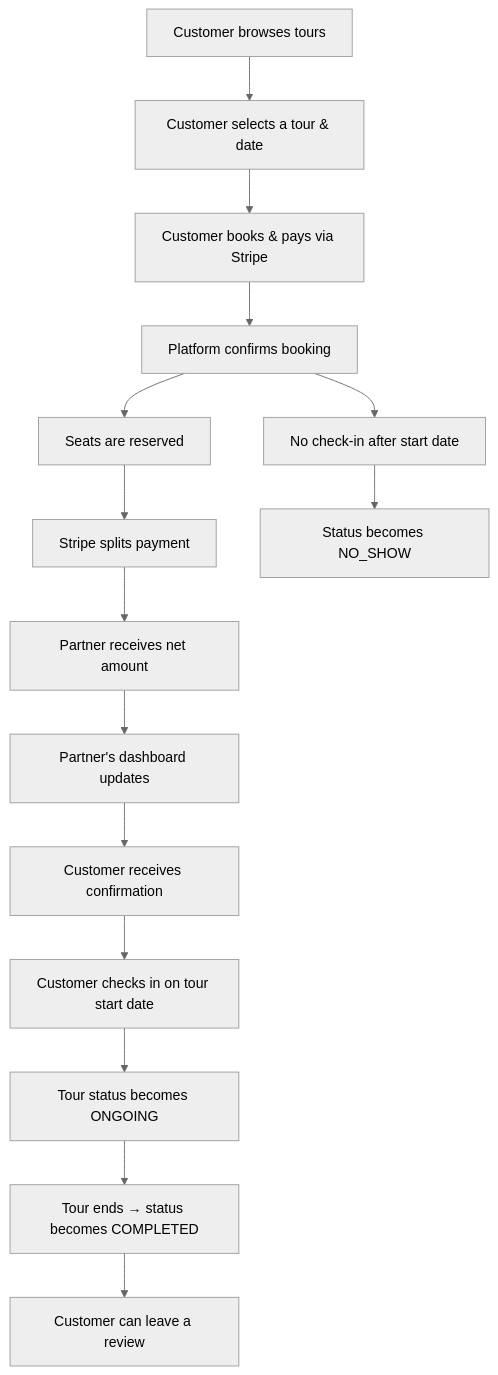
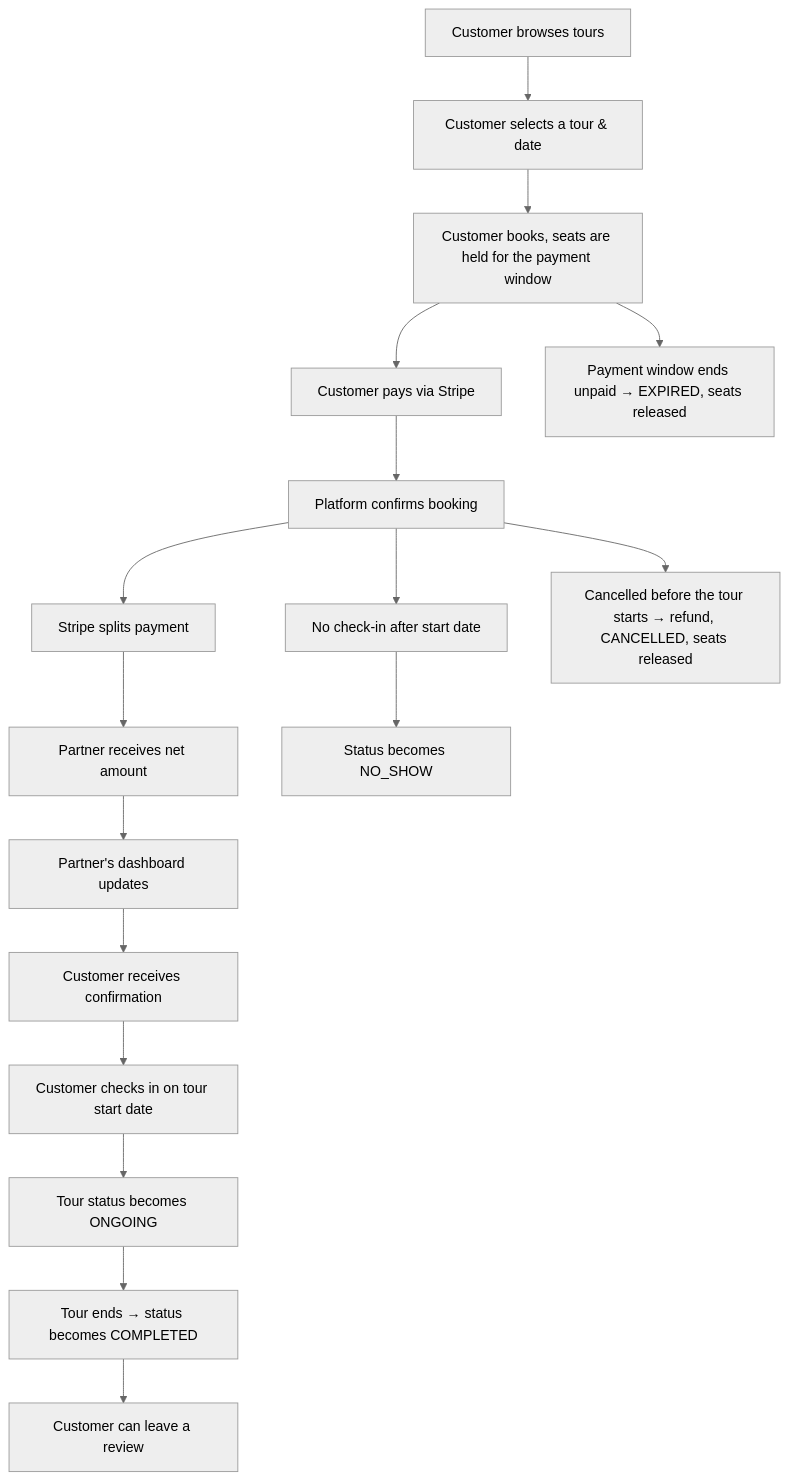
Before and after one commit to AndreWicaksono/natours: the first of 3 diagrams in README.md, drawn with Mermaid (neutral theme). The commit also changed other lines of this file and 13 other files, not shown here.

````diff
--- a/README.md
+++ b/README.md
@@ -62,17 +62,19 @@
 ```mermaid
 graph TD
 A[Customer browses tours] --> B[Customer selects a tour & date]
-B --> C[Customer books & pays via Stripe]
-C --> D[Platform confirms booking]
-D --> E[Seats are reserved]
+B --> C[Customer books, seats are held for the payment window]
+C --> D[Customer pays via Stripe]
+D --> E[Platform confirms booking]
 E --> F[Stripe splits payment]
 F --> G[Partner receives net amount]
 G --> H[Partner's dashboard updates]
 H --> I[Customer receives confirmation]
 I --> J[Customer checks in on tour start date]
 J --> K[Tour status becomes ONGOING]
 K --> L[Tour ends → status becomes COMPLETED]
 L --> M[Customer can leave a review]
-D --> N[No check-in after start date]
+E --> N[No check-in after start date]
 N --> O[Status becomes NO_SHOW]
+C --> P[Payment window ends unpaid → EXPIRED, seats released]
+E --> Q[Cancelled before the tour starts → refund, CANCELLED, seats released]
 ```
````
